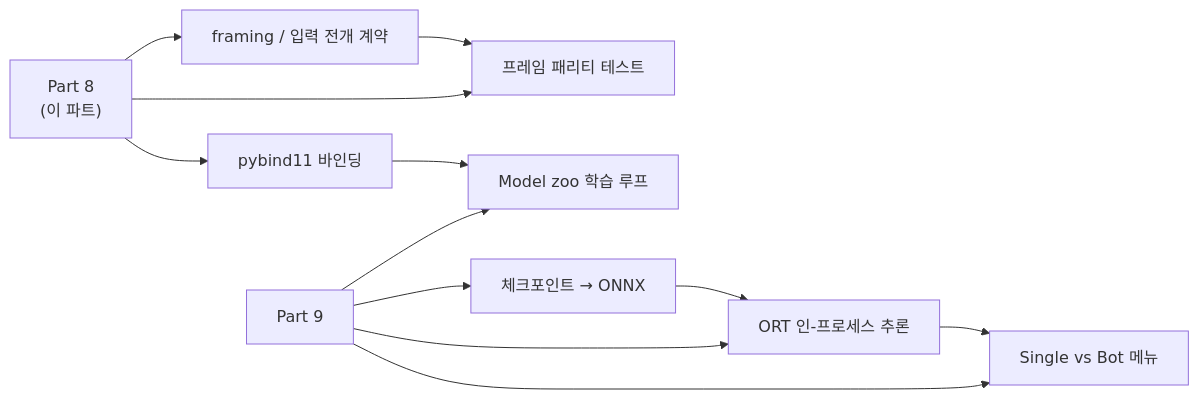
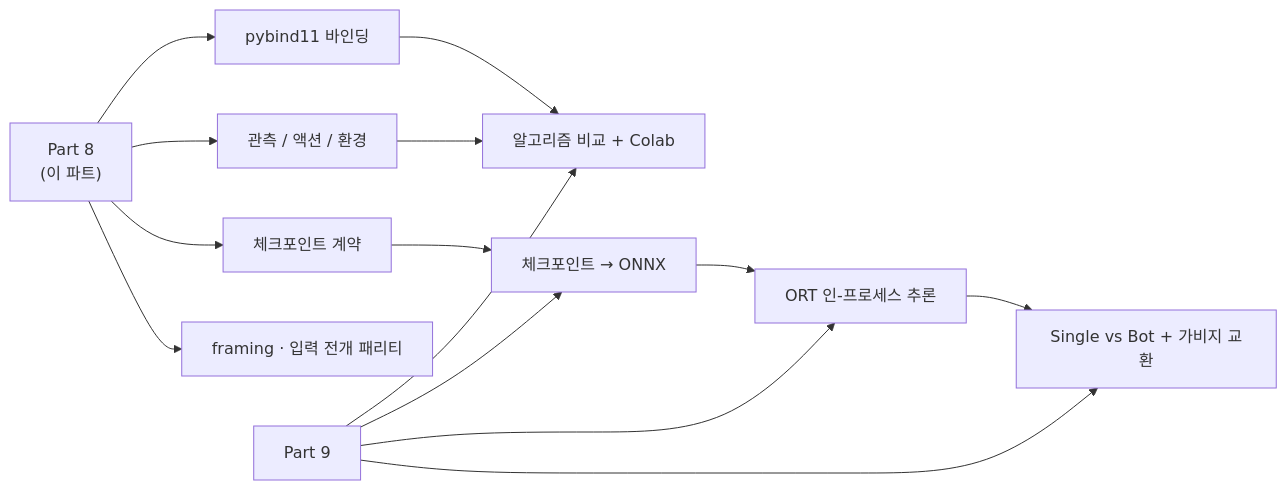
Before and after one commit to Rein-ArXiv/Tetris-Multiplayer-RL: the fifth of 5 diagrams in docs/blog/part8-python-rl.md, drawn with Mermaid. The commit also changed other lines of this file and 41 other files, not shown here.

````diff
--- a/docs/blog/part8-python-rl.md
+++ b/docs/blog/part8-python-rl.md
@@ -1287,16 +1977,18 @@
 ```mermaid
 graph LR
     A["Part 8<br/>(이 파트)"] --> B["pybind11 바인딩"]
-    A --> C["framing / 입력 전개 계약"]
-    A --> D["프레임 패리티 테스트"]
+    A --> C["관측 / 액션 / 환경"]
+    A --> D["체크포인트 계약"]
+    A --> E["framing · 입력 전개 패리티"]
 
-    E["Part 9"] --> F["Model zoo 학습 루프"]
-    E --> G["체크포인트 → ONNX"]
-    E --> H["ORT 인-프로세스 추론"]
-    E --> I["Single vs Bot 메뉴"]
+    F["Part 9"] --> G["알고리즘 비교 + Colab"]
+    F --> H["체크포인트 → ONNX"]
+    F --> I["ORT 인-프로세스 추론"]
+    F --> J["Single vs Bot + 가비지 교환"]
 
-    B --> F
-    C --> D
-    G --> H
+    B --> G
+    C --> G
+    D --> H
     H --> I
+    I --> J
 ```
````
